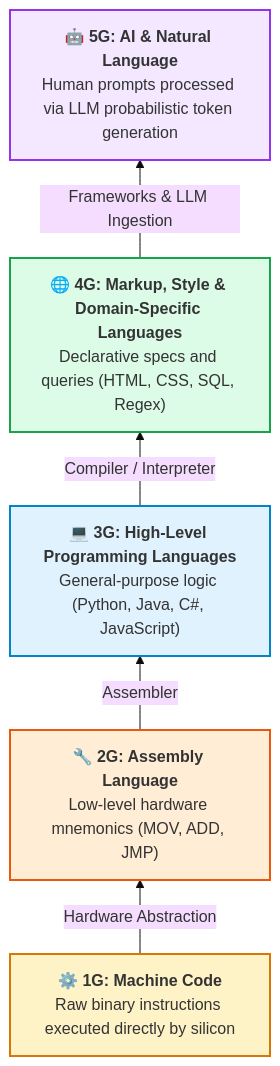
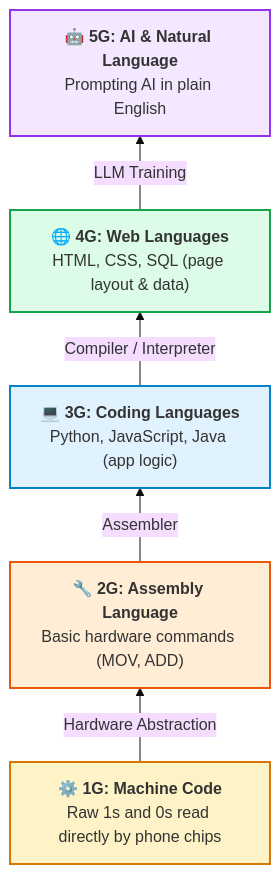
The fourth of 7 diagrams in BLUEPRINT.md (Mcc-Mak/kenya-digitalhub-ai-web-dev), drawn with Mermaid (base theme) before and after one commit. The commit also changed other lines of this file, not shown here.

````diff
--- a/BLUEPRINT.md
+++ b/BLUEPRINT.md
@@ -104,21 +97,20 @@
 ```mermaid
 flowchart BT
-    G1["⚙️ <b>1G: Machine Code</b><br/>Raw binary instructions executed directly by silicon"]
-    G2["🔧 <b>2G: Assembly Language</b><br/>Low-level hardware mnemonics (MOV, ADD, JMP)"]
-    G3["💻 <b>3G: High-Level Programming Languages</b><br/>General-purpose logic (Python, Java, C#, JavaScript)"]
-    G4["🌐 <b>4G: Markup, Style & Domain-Specific Languages</b><br/>Declarative specs and queries (HTML, CSS, SQL, Regex)"]
-    G5["🤖 <b>5G: AI & Natural Language</b><br/>Human prompts processed via LLM probabilistic token generation"]
+    G1["⚙️ <b>1G: Machine Code</b><br/>Raw 1s and 0s read directly by phone chips"]
+    G2["🔧 <b>2G: Assembly Language</b><br/>Basic hardware commands (MOV, ADD)"]
+    G3["💻 <b>3G: Coding Languages</b><br/>Python, JavaScript, Java (app logic)"]
+    G4["🌐 <b>4G: Web Languages</b><br/>HTML, CSS, SQL (page layout & data)"]
+    G5["🤖 <b>5G: AI & Natural Language</b><br/>Prompting AI in plain English"]
 
     G1 -->|"Hardware Abstraction"| G2
     G2 -->|"Assembler"| G3
     G3 -->|"Compiler / Interpreter"| G4
-    G4 -->|"Frameworks & LLM Ingestion"| G5
+    G4 -->|"LLM Training"| G5
 
     style G1 fill:#fef3c7,stroke:#d97706,stroke-width:2px
     style G2 fill:#ffedd5,stroke:#ea580c,stroke-width:2px
     style G3 fill:#e0f2fe,stroke:#0284c7,stroke-width:2px
     style G4 fill:#dcfce7,stroke:#16a34a,stroke-width:2px
     style G5 fill:#f3e8ff,stroke:#9333ea,stroke-width:2px
 
-
 ```
````
